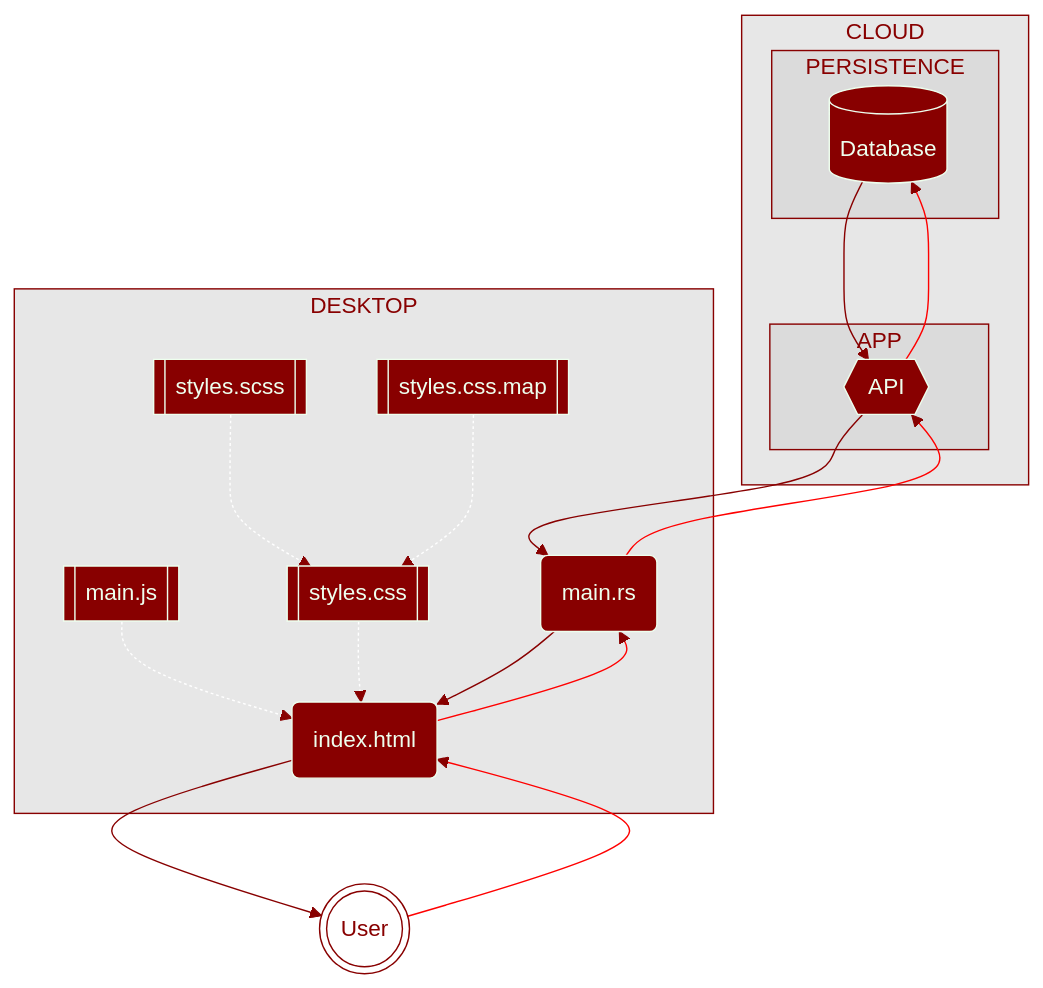
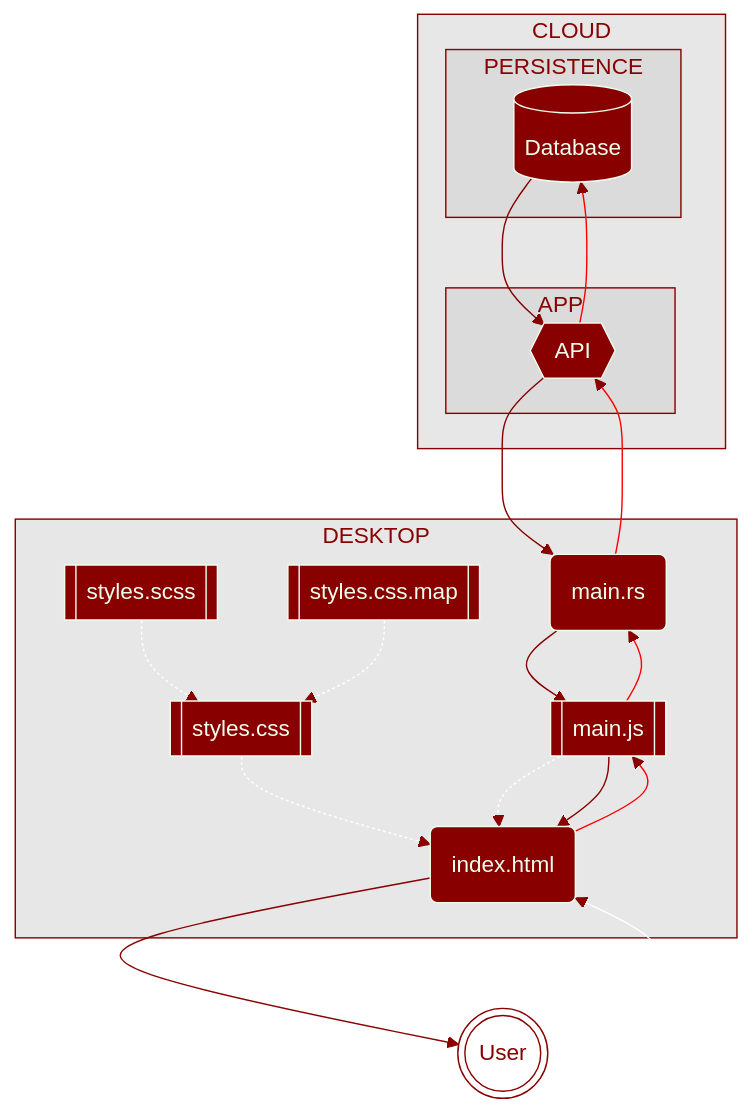
Before and after one commit to LucasGoncSilva/bookery: the diagram in BOOKERY/desktop/docs/README.md, drawn with Mermaid. The commit also changed 1 other file, not shown here.

Commit message:
small updates

````diff
--- a/BOOKERY/desktop/docs/README.md
+++ b/BOOKERY/desktop/docs/README.md
@@ -61,61 +61,58 @@
 ```mermaid
 flowchart TB
 
 
 subgraph CLOUD
     subgraph PERSISTENCE
         Database[(Database)]:::Arch
     end
 
     subgraph APP
         API{{API}}:::Arch
     end
 end
 
 subgraph DESKTOP
     HTML(index.html):::Arch
 
     CSS[[styles.css]]:::Arch
     SCSS[[styles.scss]]:::Arch
     CSSMAP[[styles.css.map]]:::Arch
 
     JS[[main.js]]:::Arch
 
     RS(main.rs):::Arch
 end
 
 User(((User)))
 
 
-User --> HTML
-
 SCSS & CSSMAP -.-> CSS
 JS & CSS -.-> HTML
 
-HTML --> RS
+User --> HTML --> JS --> RS
 
 RS ~~~ API
 RS --> API
 API --> Database
 Database --> API
 Database ~~~ API
 Database ~~~ API
 API --> RS
 
-RS --> HTML
-HTML --> User
+RS --> JS --> HTML --> User
 
 
 style CLOUD fill:#ccc7,color:#800,stroke:#800;
 style APP fill:#ccc7,color:#800,stroke:#800;
 style PERSISTENCE fill:#ccc7,color:#800,stroke:#800;
 style DESKTOP fill:#ccc7,color:#800,stroke:#800;
 
 style User fill:#fff,color:#800,stroke:#800;
 
 classDef Arch fill:#800,color:#efe,stroke:#efe;
 
-linkStyle 1,2,3,4 stroke:#fff
-linkStyle 5,6,7,8,0 stroke:#f00
+linkStyle 0,1,2,3,4 stroke:#fff
+linkStyle 5,6,7,8,9 stroke:#f00
 linkStyle default stroke:#800
 ```
````
